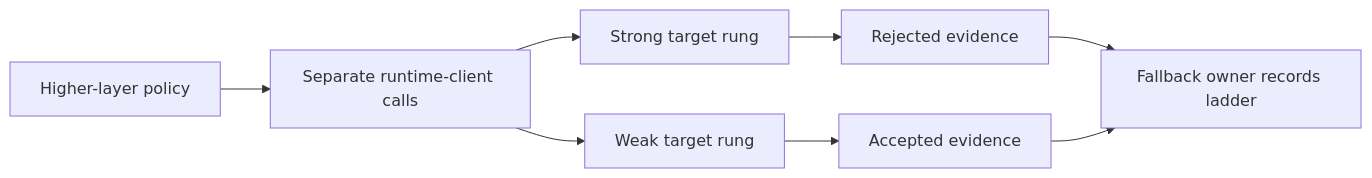
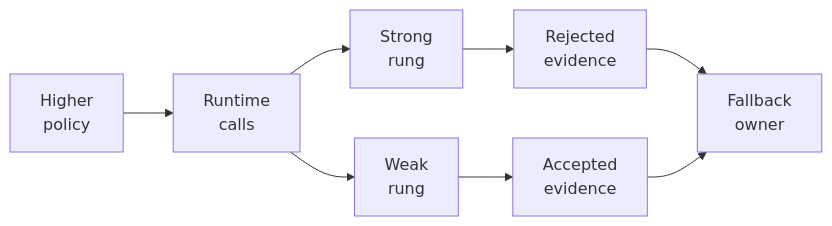
One commit to nshkrdotcom/execution_plane changed the second of 2 diagrams in README.md. Above: the diagram before and after it, drawn with Mermaid. The commit also changed other lines of this file, not shown here.

Commit message:
docs: wrap README Mermaid labels

````diff
--- a/README.md
+++ b/README.md
@@ -99,10 +99,10 @@
 ```mermaid
 flowchart LR
-  Policy["Higher-layer policy"] --> Calls["Separate runtime-client calls"]
-  Calls --> Strong["Strong target rung"]
-  Calls --> Weak["Weak target rung"]
-  Strong --> Rejected["Rejected evidence"]
-  Weak --> Accepted["Accepted evidence"]
-  Rejected --> Owner["Fallback owner records ladder"]
+  Policy["Higher<br/>policy"] --> Calls["Runtime<br/>calls"]
+  Calls --> Strong["Strong<br/>rung"]
+  Calls --> Weak["Weak<br/>rung"]
+  Strong --> Rejected["Rejected<br/>evidence"]
+  Weak --> Accepted["Accepted<br/>evidence"]
+  Rejected --> Owner["Fallback<br/>owner"]
   Accepted --> Owner
 ```
````
